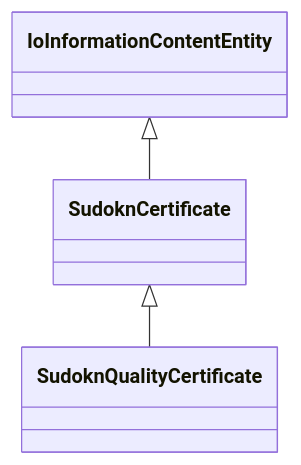
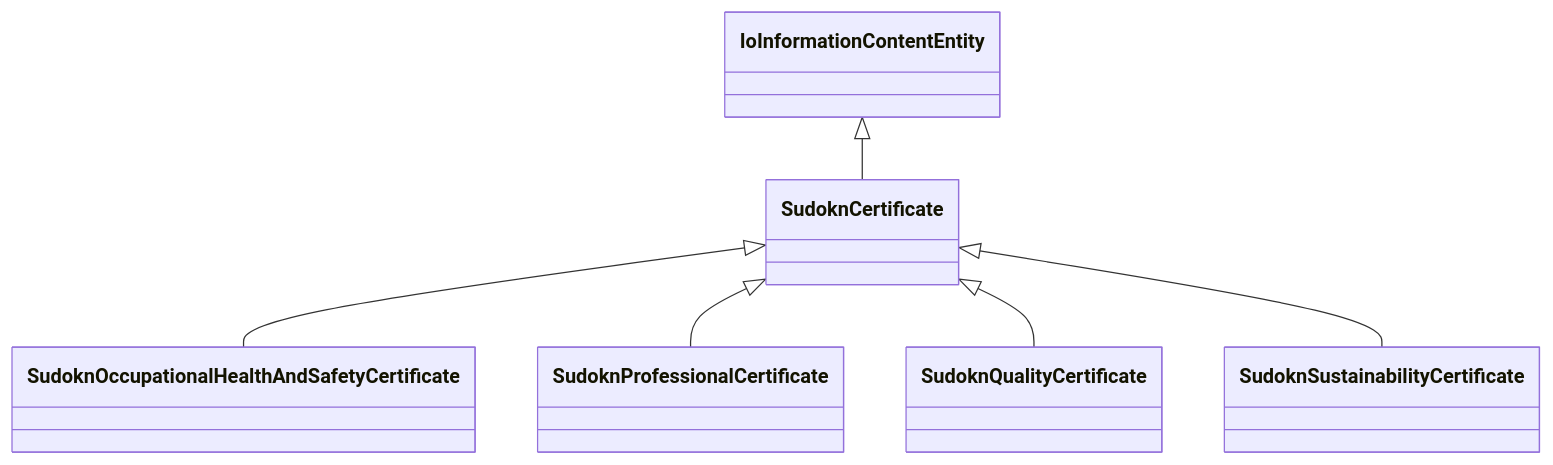
One commit to frink-okn/graph-descriptions changed the diagram in sudokn-kg/classes/SudoknCertificate.md. Above: the diagram before and after it, drawn with Mermaid. The commit also changed other lines of this file and 903 other files, not shown here.

````diff
--- a/sudokn-kg/classes/SudoknCertificate.md
+++ b/sudokn-kg/classes/SudoknCertificate.md
@@ -23,14 +16,20 @@
 ```mermaid
  classDiagram
     class SudoknCertificate
     click SudoknCertificate href "../SudoknCertificate"
       IoInformationContentEntity <|-- SudoknCertificate
         click IoInformationContentEntity href "../IoInformationContentEntity"
       
 
+      SudoknCertificate <|-- SudoknOccupationalHealthAndSafetyCertificate
+        click SudoknOccupationalHealthAndSafetyCertificate href "../SudoknOccupationalHealthAndSafetyCertificate"
+      SudoknCertificate <|-- SudoknProfessionalCertificate
+        click SudoknProfessionalCertificate href "../SudoknProfessionalCertificate"
       SudoknCertificate <|-- SudoknQualityCertificate
         click SudoknQualityCertificate href "../SudoknQualityCertificate"
+      SudoknCertificate <|-- SudoknSustainabilityCertificate
+        click SudoknSustainabilityCertificate href "../SudoknSustainabilityCertificate"
       
       
       
 ```
````
